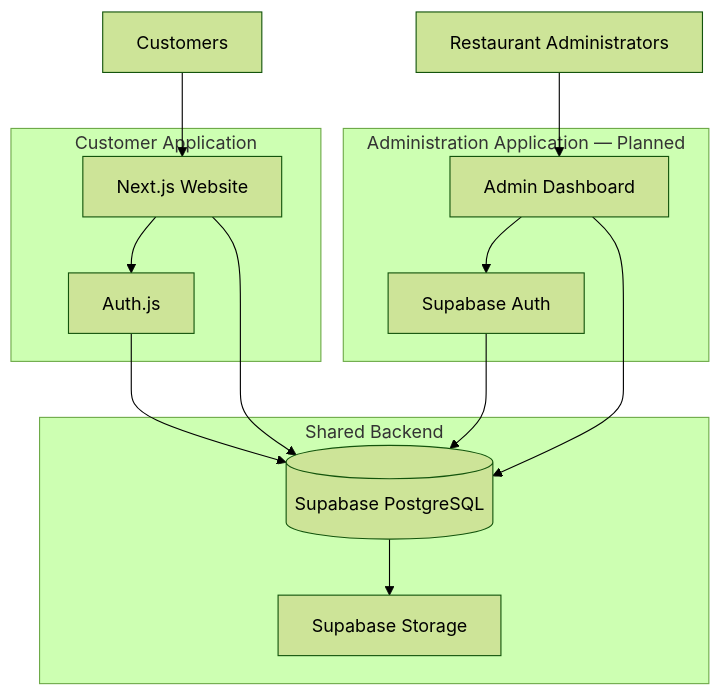
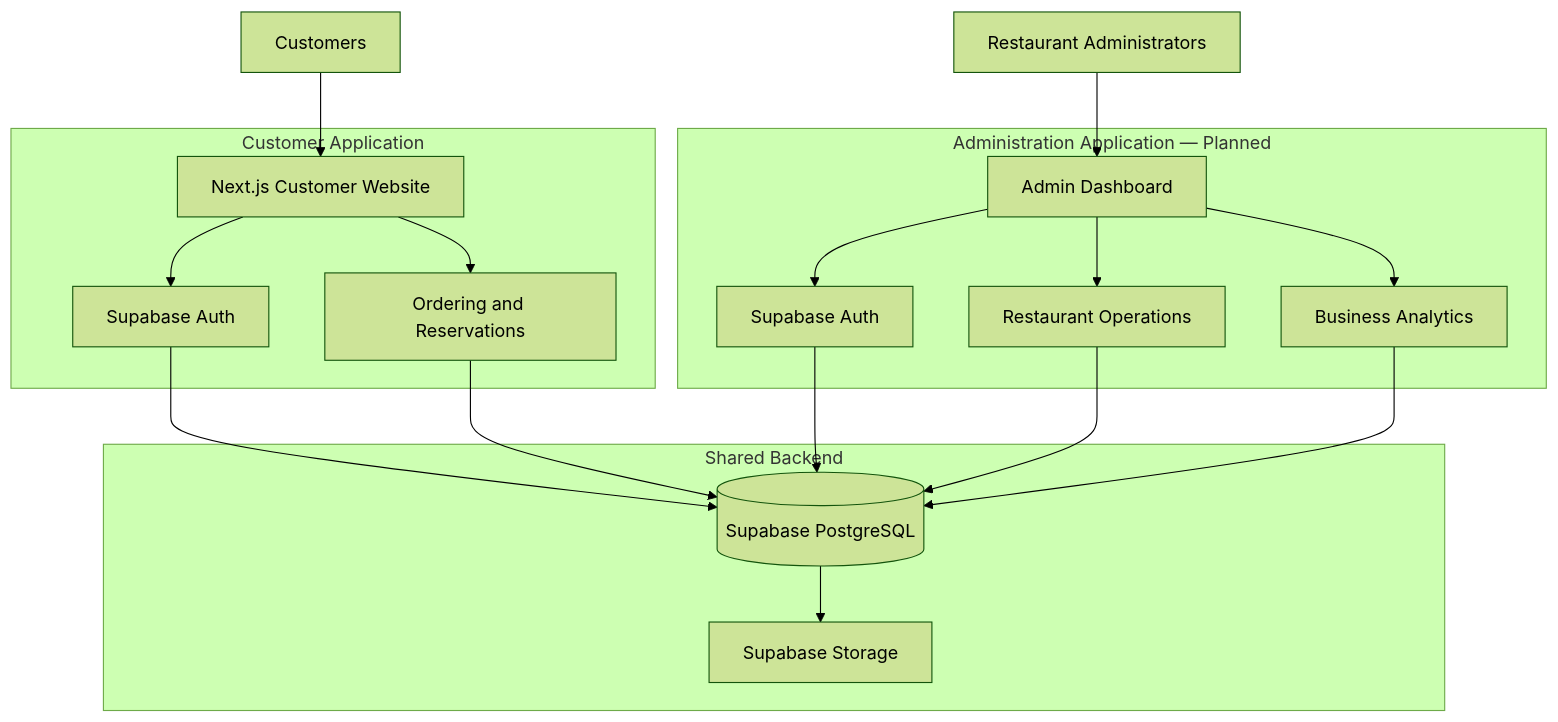
The sixth of 6 diagrams in README.md (ashwin8223/tasty-treat-website), drawn with Mermaid (forest theme) before and after one commit. The commit also changed other lines of this file and 24 other files, not shown here.

````diff
--- a/README.md
+++ b/README.md
@@ -381,32 +670,40 @@
 ```mermaid
 flowchart TB
     CUSTOMER["Customers"]
-    ADMIN["Restaurant Administrators"]
+    STAFF["Restaurant Administrators"]
 
     subgraph CUSTOMER_APP["Customer Application"]
-        WEB["Next.js Website"]
-        AUTH["Auth.js"]
+        WEB["Next.js Customer Website"]
+        CUSTOMER_AUTH["Supabase Auth"]
+        ORDERING["Ordering and Reservations"]
     end
 
     subgraph ADMIN_APP["Administration Application — Planned"]
-        DASH["Admin Dashboard"]
-        SUPAUTH["Supabase Auth"]
+        DASHBOARD["Admin Dashboard"]
+        ADMIN_AUTH["Supabase Auth"]
+        OPERATIONS["Restaurant Operations"]
+        ANALYTICS["Business Analytics"]
     end
 
-    subgraph BACKEND["Shared Backend"]
-        DB[("Supabase PostgreSQL")]
+    subgraph SHARED["Shared Backend"]
+        DATABASE[("Supabase PostgreSQL")]
         STORAGE["Supabase Storage"]
     end
 
     CUSTOMER --> WEB
-    WEB --> AUTH
-    AUTH --> DB
+    WEB --> CUSTOMER_AUTH
+    WEB --> ORDERING
 
-    ADMIN --> DASH
-    DASH --> SUPAUTH
-    SUPAUTH --> DB
+    STAFF --> DASHBOARD
+    DASHBOARD --> ADMIN_AUTH
+    DASHBOARD --> OPERATIONS
+    DASHBOARD --> ANALYTICS
 
-    WEB --> DB
-    DASH --> DB
-    DB --> STORAGE
+    CUSTOMER_AUTH --> DATABASE
+    ADMIN_AUTH --> DATABASE
+    ORDERING --> DATABASE
+    OPERATIONS --> DATABASE
+    ANALYTICS --> DATABASE
+
+    DATABASE --> STORAGE
 ```
````
